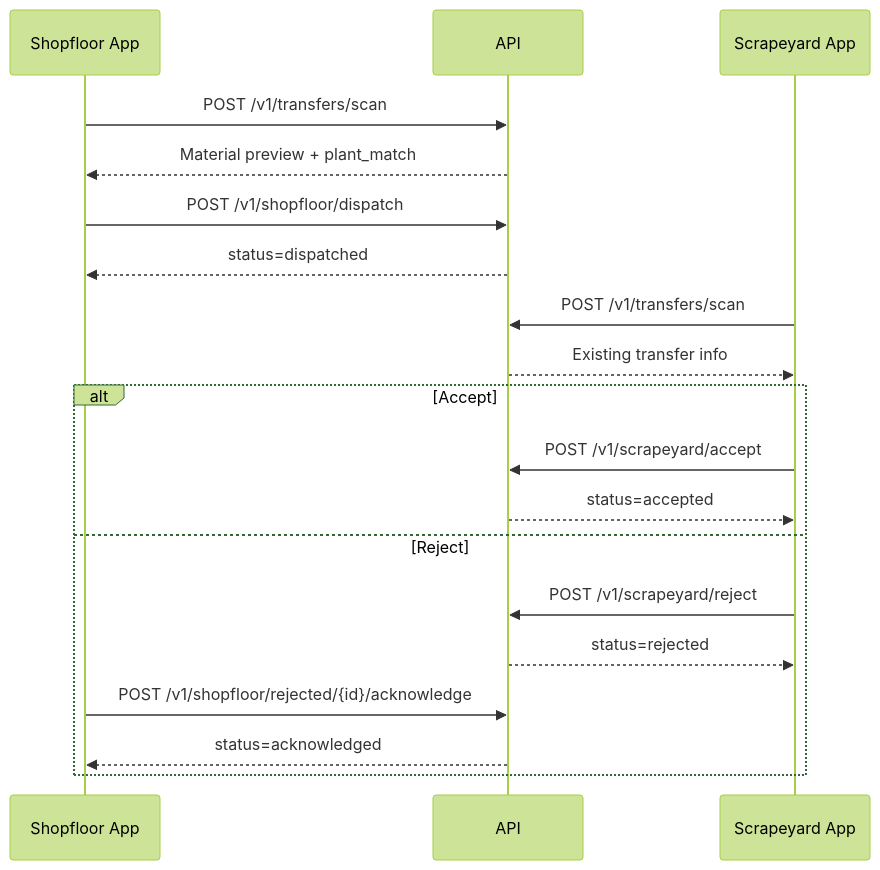
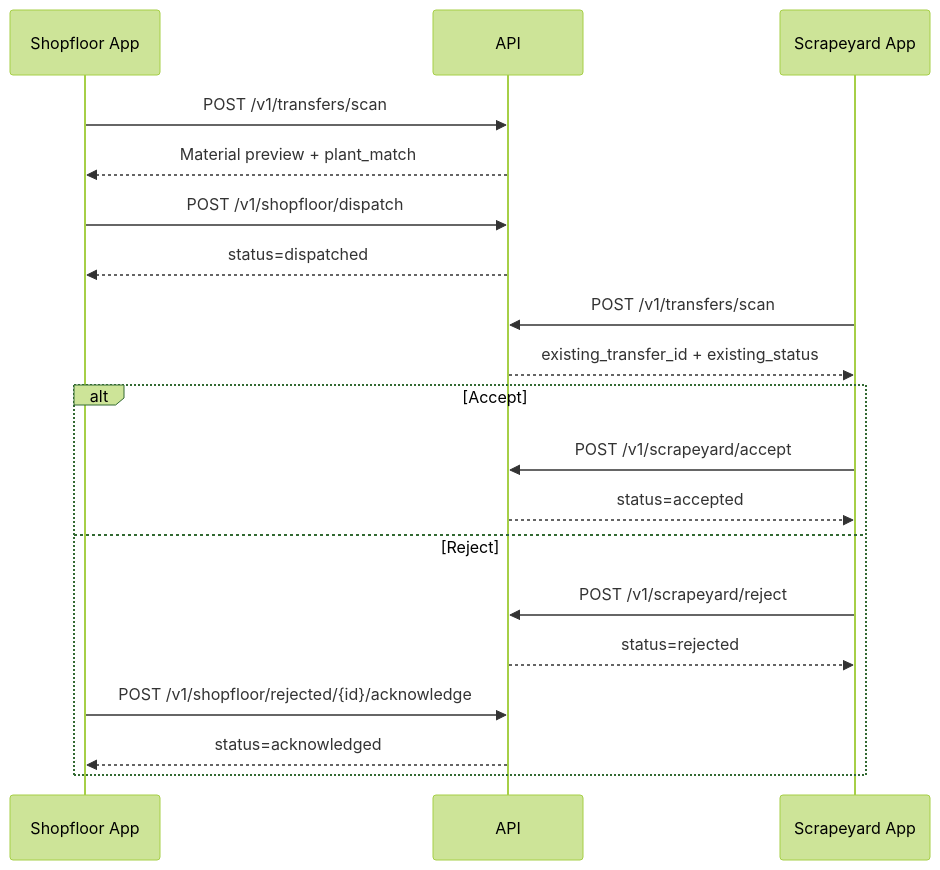
Before and after one commit to Indrranil/scrap: the diagram in docs/api_integration.md, drawn with Mermaid (forest theme). The commit also changed other lines of this file, not shown here.

Commit message:
api docs updated

````diff
--- a/docs/api_integration.md
+++ b/docs/api_integration.md
@@ -134,22 +205,22 @@
 ```mermaid
 sequenceDiagram
     participant SF as Shopfloor App
     participant API as API
     participant SY as Scrapeyard App
 
     SF->>API: POST /v1/transfers/scan
     API-->>SF: Material preview + plant_match
     SF->>API: POST /v1/shopfloor/dispatch
     API-->>SF: status=dispatched
     SY->>API: POST /v1/transfers/scan
-    API-->>SY: Existing transfer info
+    API-->>SY: existing_transfer_id + existing_status
     alt Accept
         SY->>API: POST /v1/scrapeyard/accept
         API-->>SY: status=accepted
     else Reject
         SY->>API: POST /v1/scrapeyard/reject
         API-->>SY: status=rejected
         SF->>API: POST /v1/shopfloor/rejected/{id}/acknowledge
         API-->>SF: status=acknowledged
     end
 ```
````
